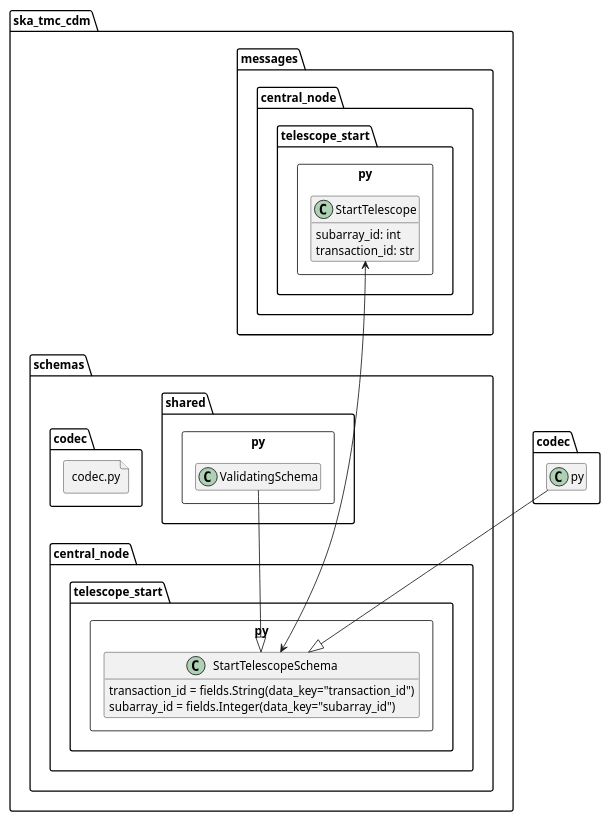
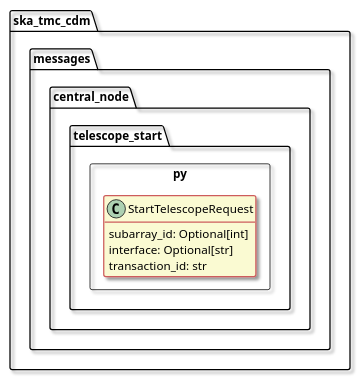
Before and after one commit to ska-telescope/cdm-shared-library: the diagram in docs/src/developer/centralnode/telescopestart.puml, drawn with PlantUML. The commit also changed 7 other files, not shown here.

Commit message:
NAK-95 updates according to MR 38 reviwer comments . Updated documentation and img . Added in test_codec. Added support of parameter interface in telescope_start.

```diff
--- a/docs/src/developer/centralnode/telescopestart.puml
+++ b/docs/src/developer/centralnode/telescopestart.puml
@@ -1,45 +1,19 @@
 @startuml
-scale 600 width
-!pragma useNewPackage
-allow_mixing
+scale 350 width
 hide empty members
-
+skinparam shadowing true
+skinparam class {
+BackgroundColor LightGoldenRodYellow
+ArrowColor IndianRed
+BorderColor IndianRed
+BorderThickness 1.5
+}
 package ska_tmc_cdm.messages.central_node {
-
     package telescope_start.py <<Rectangle>> {
-        class StartTelescope
-        {
-        subarray_id: int
-        transaction_id: str
+        class StartTelescopeRequest {
+            subarray_id: Optional[int]
+            interface: Optional[str]
+            transaction_id: str
         }
-        
-    }
 }
-package ska_tmc_cdm.schemas {
-
-
-    package shared.py <<Rectangle>>
-     {
-        class ValidatingSchema
-        
-    }
-}
-package ska_tmc_cdm.schemas {
-    file codec.py
-
-}
-
-package ska_tmc_cdm.schemas.central_node {
-	package telescope_start.py <<Rectangle>> {
-        class StartTelescopeSchema 
-{
-    transaction_id = fields.String(data_key="transaction_id")
-    subarray_id = fields.Integer(data_key="subarray_id")
-}
-	}
-}
-
-ValidatingSchema --|> StartTelescopeSchema
-codec.py --|> StartTelescopeSchema
-StartTelescope <---> StartTelescopeSchema
 @enduml
```
